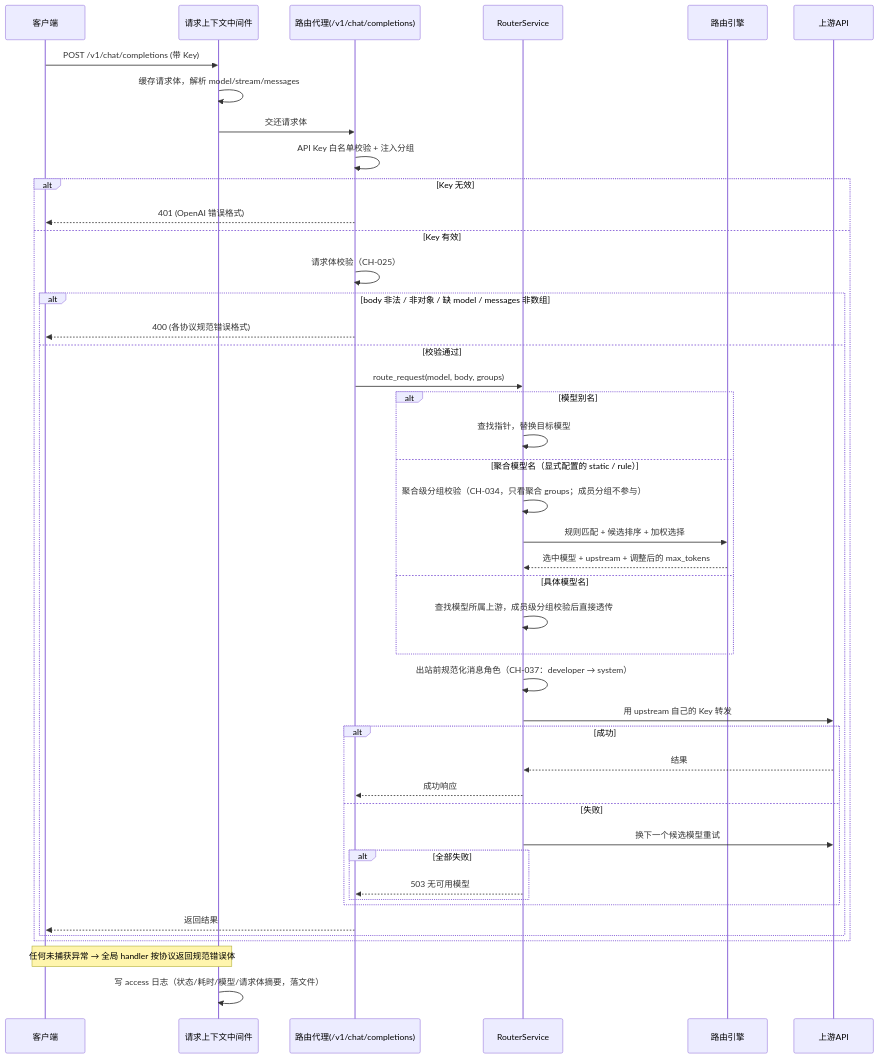
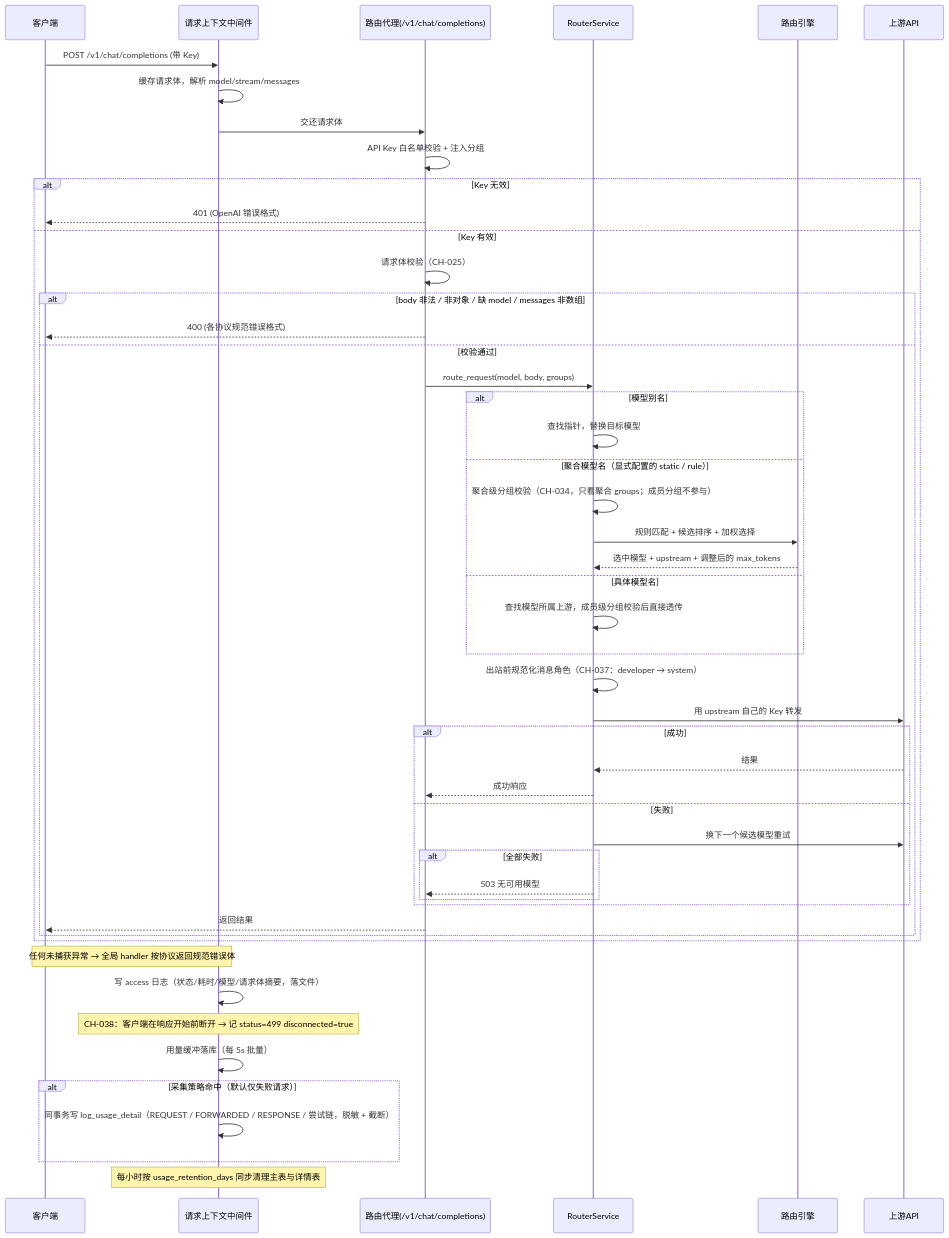
The first of 5 diagrams in docs/系统核心流程.md (66wjz/smart_router), drawn with Mermaid before and after one commit. The commit also changed other lines of this file and 28 other files, not shown here.

````diff
--- a/docs/系统核心流程.md
+++ b/docs/系统核心流程.md
@@ -28,47 +28,53 @@
 ```mermaid
 sequenceDiagram
     participant C as 客户端
     participant L as 请求上下文中间件
     participant R as 路由代理(/v1/chat/completions)
     participant S as RouterService
     participant E as 路由引擎
     participant U as 上游API
 
     C->>L: POST /v1/chat/completions (带 Key)
     L->>L: 缓存请求体，解析 model/stream/messages
     L->>R: 交还请求体
     R->>R: API Key 白名单校验 + 注入分组
     alt Key 无效
         R-->>C: 401 (OpenAI 错误格式)
     else Key 有效
         R->>R: 请求体校验（CH-025）
         alt body 非法 / 非对象 / 缺 model / messages 非数组
             R-->>C: 400 (各协议规范错误格式)
         else 校验通过
             R->>S: route_request(model, body, groups)
             alt 模型别名
                 S->>S: 查找指针，替换目标模型
             else 聚合模型名（显式配置的 static / rule）
                 S->>S: 聚合级分组校验（CH-034，只看聚合 groups；成员分组不参与）
                 S->>E: 规则匹配 + 候选排序 + 加权选择
                 E-->>S: 选中模型 + upstream + 调整后的 max_tokens
             else 具体模型名
                 S->>S: 查找模型所属上游，成员级分组校验后直接透传
             end
             S->>S: 出站前规范化消息角色（CH-037：developer → system）
             S->>U: 用 upstream 自己的 Key 转发
             alt 成功
                 U-->>S: 结果
                 S-->>R: 成功响应
             else 失败
                 S->>U: 换下一个候选模型重试
                 alt 全部失败
                     S-->>R: 503 无可用模型
                 end
             end
             R-->>C: 返回结果
         end
     end
     Note over L,C: 任何未捕获异常 → 全局 handler 按协议返回规范错误体
     L->>L: 写 access 日志（状态/耗时/模型/请求体摘要，落文件）
+    Note over L: CH-038：客户端在响应开始前断开 → 记 status=499 disconnected=true
+    L->>L: 用量缓冲落库（每 5s 批量）
+    alt 采集策略命中（默认仅失败请求）
+        L->>L: 同事务写 log_usage_detail（REQUEST / FORWARDED / RESPONSE / 尝试链，脱敏 + 截断）
+    end
+    Note over L: 每小时按 usage_retention_days 同步清理主表与详情表
 ```
````
